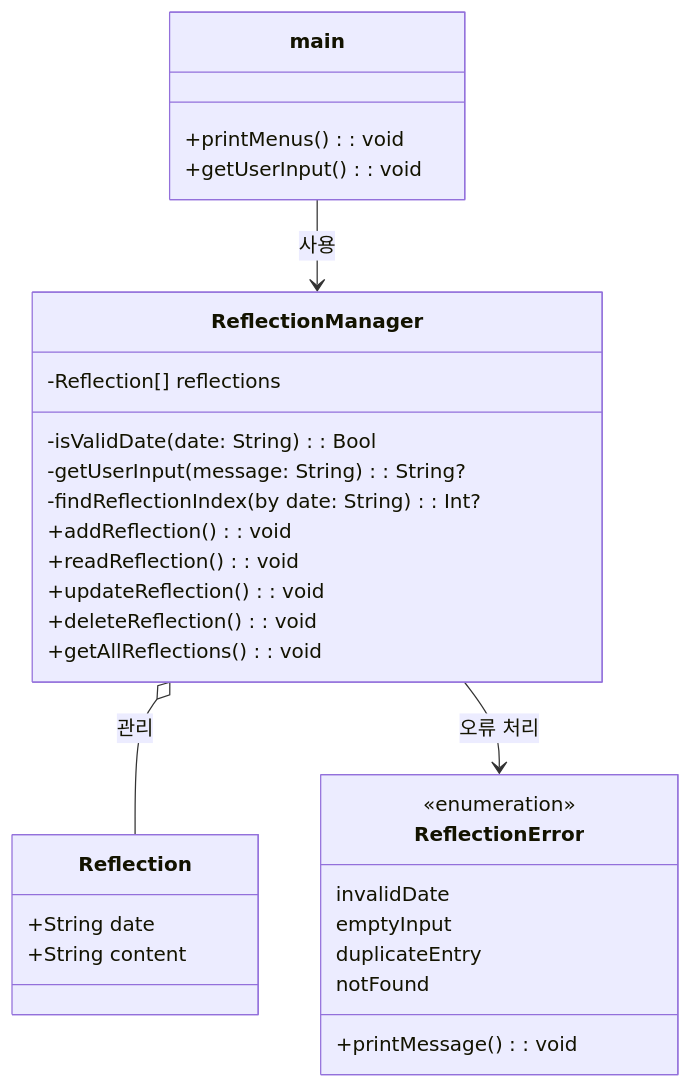
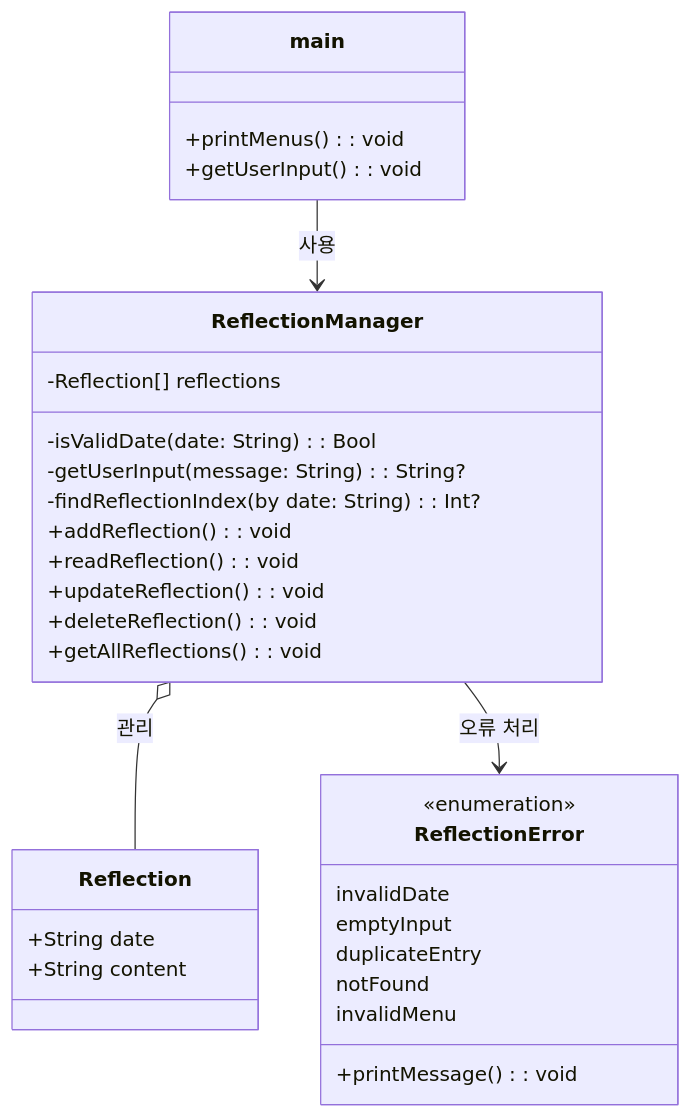
Before and after one commit to ESTSOFT-iOS-01/WeeklyProject: the diagram in doyeon/Weekly01/Weekly02. 김도연-2주차-회고시스템-리팩토링.md, drawn with Mermaid. The commit also changed other lines of this file, not shown here.

````diff
--- a/doyeon/Weekly01/Weekly02. 김도연-2주차-회고시스템-리팩토링.md
+++ b/doyeon/Weekly01/Weekly02. 김도연-2주차-회고시스템-리팩토링.md
@@ -86,42 +86,43 @@
 ```mermaid
 classDiagram
     %% Main Entry Point
     class main {
         +printMenus() : void
         +getUserInput() : void
     }
 
     %% Data Model
     class Reflection {
         +String date
         +String content
     }
 
     %% Error Handling
     class ReflectionError {
         <<enumeration>>
         invalidDate
         emptyInput
         duplicateEntry
         notFound
+        invalidMenu
         +printMessage() : void
     }
 
     %% ReflectionManager Class
     class ReflectionManager {
         -Reflection[] reflections
         -isValidDate(date: String) : Bool
         -getUserInput(message: String) : String?
         -findReflectionIndex(by date: String) : Int?
         +addReflection() : void
         +readReflection() : void
         +updateReflection() : void
         +deleteReflection() : void
         +getAllReflections() : void
     }
 
     %% Relationships
     main --> ReflectionManager : 사용
     ReflectionManager o-- Reflection : 관리
     ReflectionManager --> ReflectionError : 오류 처리
 ```
````
